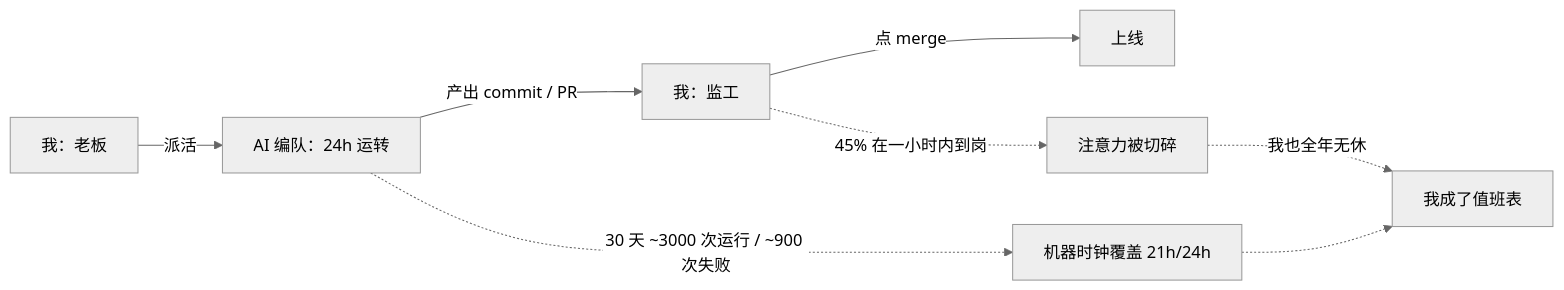
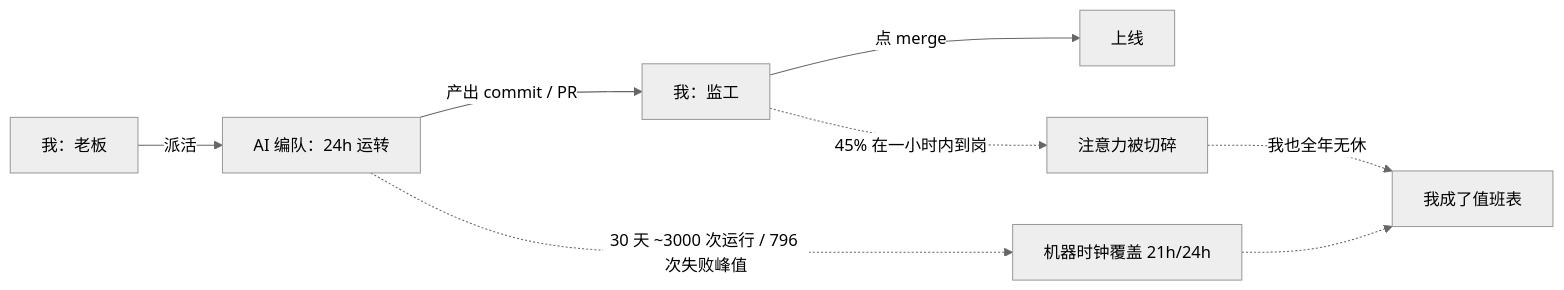
Before and after one commit to SilenWang/silen_blog: the fifth of 5 diagrams in blog_cn/source/_posts/我给AI排了24小时班-把自己排成了值班表.md, drawn with Mermaid (neutral theme). The commit also changed other lines of this file, not shown here.

````diff
--- a/blog_cn/source/_posts/我给AI排了24小时班-把自己排成了值班表.md
+++ b/blog_cn/source/_posts/我给AI排了24小时班-把自己排成了值班表.md
@@ -260,10 +119,10 @@
 ```mermaid
 flowchart LR
     A["我：老板"] -->|派活| B["AI 编队：24h 运转"]
     B -->|"产出 commit / PR"| C["我：监工"]
     C -->|"点 merge"| D["上线"]
     C -.->|"45% 在一小时内到岗"| E["注意力被切碎"]
-    B -.->|"30 天 ~3000 次运行 / ~900 次失败"| F["机器时钟覆盖 21h/24h"]
+    B -.->|"30 天 ~3000 次运行 / 796 次失败峰值"| F["机器时钟覆盖 21h/24h"]
     E -.->|"我也全年无休"| G["我成了值班表"]
     F -.-> G
 ```
````
